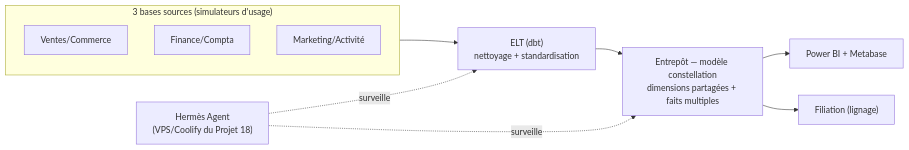
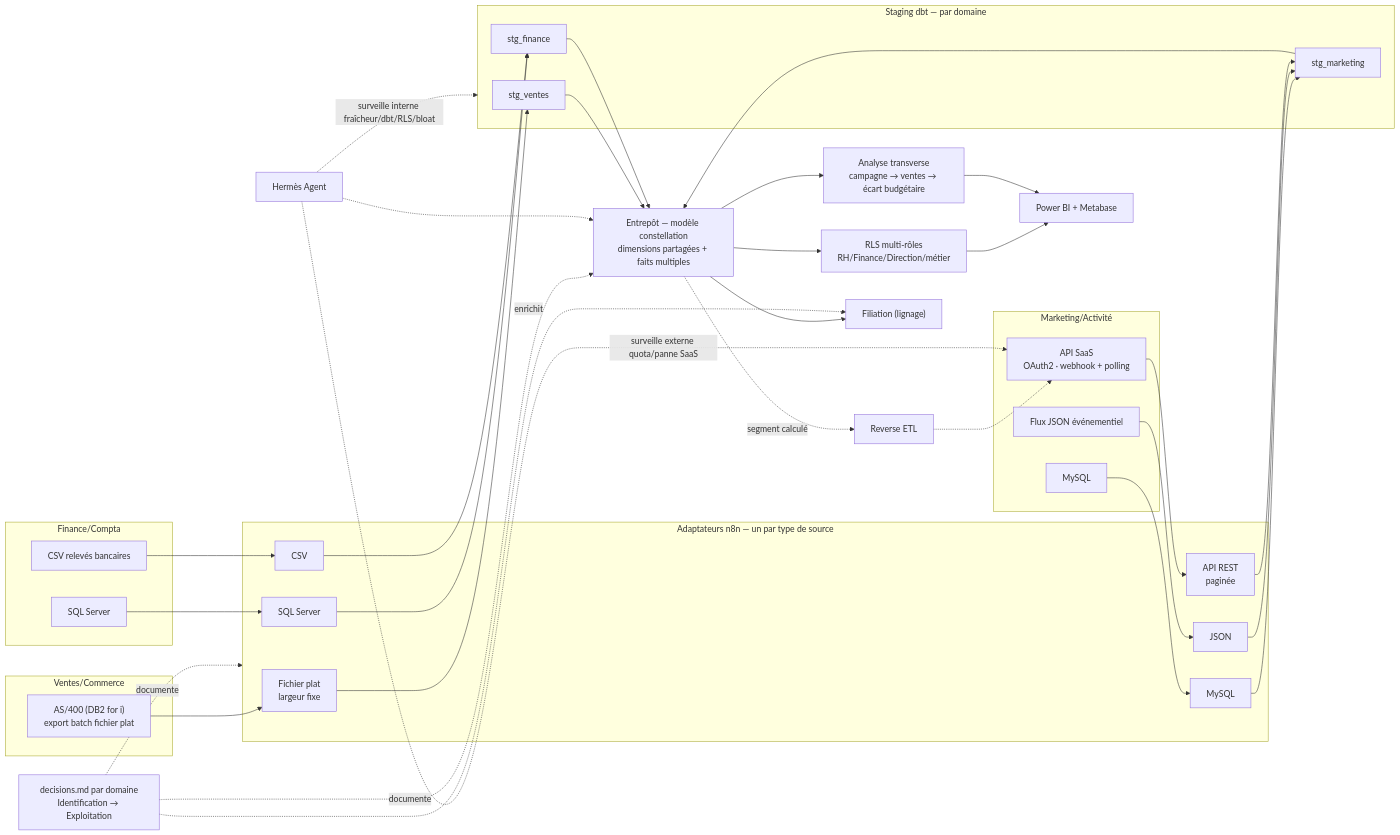
The diagram in README.md (valentinratigniet-byte/projet-19-plateforme-entreprise), drawn with Mermaid before and after one commit.

Commit message:
docs: schema d'architecture etendu (sources, adaptateurs, staging, RLS, reverse ETL, Hermes Agent)

````diff
--- a/README.md
+++ b/README.md
@@ -31,14 +31,62 @@
 ```mermaid
 flowchart LR
-    subgraph Sources["3 bases sources (simulateurs d'usage)"]
-        V["Ventes/Commerce"]
-        F["Finance/Compta"]
-        M["Marketing/Activité"]
+    subgraph SRC_V["Ventes/Commerce"]
+        V1["AS/400 (DB2 for i)\nexport batch fichier plat"]
     end
-    Sources --> ETL["ELT (dbt)\nnettoyage + standardisation"]
-    ETL --> DWH["Entrepôt — modèle constellation\ndimensions partagées + faits multiples"]
-    DWH --> BI["Power BI + Metabase"]
+    subgraph SRC_F["Finance/Compta"]
+        F1["SQL Server"]
+        F2["CSV relevés bancaires"]
+    end
+    subgraph SRC_M["Marketing/Activité"]
+        M1["MySQL"]
+        M2["Flux JSON événementiel"]
+        M3["API SaaS\nOAuth2 · webhook + polling"]
+    end
+
+    subgraph ADAPT["Adaptateurs n8n — un par type de source"]
+        A1["Fichier plat\nlargeur fixe"]
+        A2["SQL Server"]
+        A3["MySQL"]
+        A4["CSV"]
+        A5["JSON"]
+        A6["API REST\npaginée"]
+    end
+
+    V1 --> A1
+    F1 --> A2
+    F2 --> A4
+    M1 --> A3
+    M2 --> A5
+    M3 --> A6
+
+    subgraph STG["Staging dbt — par domaine"]
+        S1["stg_ventes"]
+        S2["stg_finance"]
+        S3["stg_marketing"]
+    end
+
+    A1 --> S1
+    A2 --> S2
+    A4 --> S2
+    A3 --> S3
+    A5 --> S3
+    A6 --> S3
+
+    S1 & S2 & S3 --> DWH["Entrepôt — modèle constellation\ndimensions partagées + faits multiples"]
+
+    DWH --> RLS["RLS multi-rôles\nRH/Finance/Direction/métier"]
+    RLS --> BI["Power BI + Metabase"]
+    DWH --> ANALYSE["Analyse transverse\ncampagne → ventes → écart budgétaire"]
+    ANALYSE --> BI
+    DWH -.segment calculé.-> REV["Reverse ETL"]
+    REV -.-> M3
+
+    DOC["decisions.md par domaine\nIdentification → Exploitation"] -.documente.-> ADAPT
+    DOC -.documente.-> DWH
     DWH --> FIL["Filiation (lignage)"]
-    HERMES["Hermès Agent\n(VPS/Coolify du Projet 18)"] -.surveille.-> ETL
-    HERMES -.surveille.-> DWH
+    DOC -.enrichit.-> FIL
+
+    HERMES["Hermès Agent"] -.surveille interne fraîcheur/dbt/RLS/bloat.-> STG
+    HERMES -.-> DWH
+    HERMES -.surveille externe quota/panne SaaS.-> M3
 ```
````
